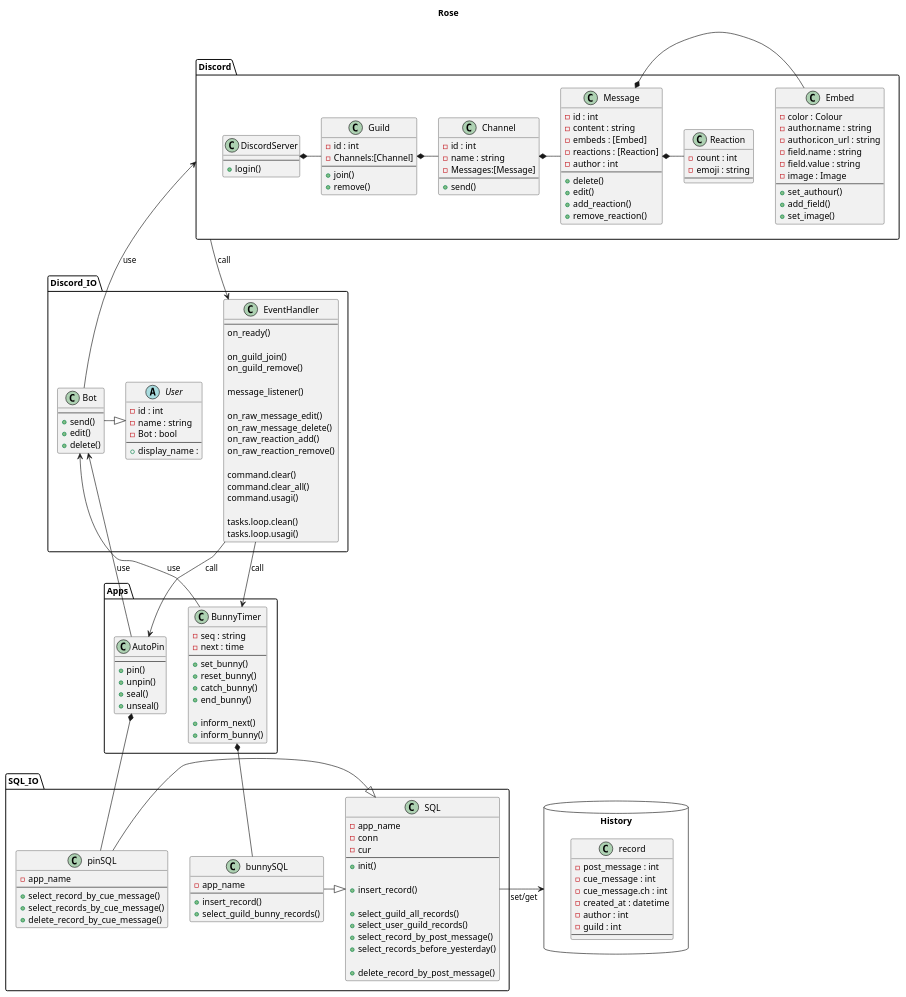
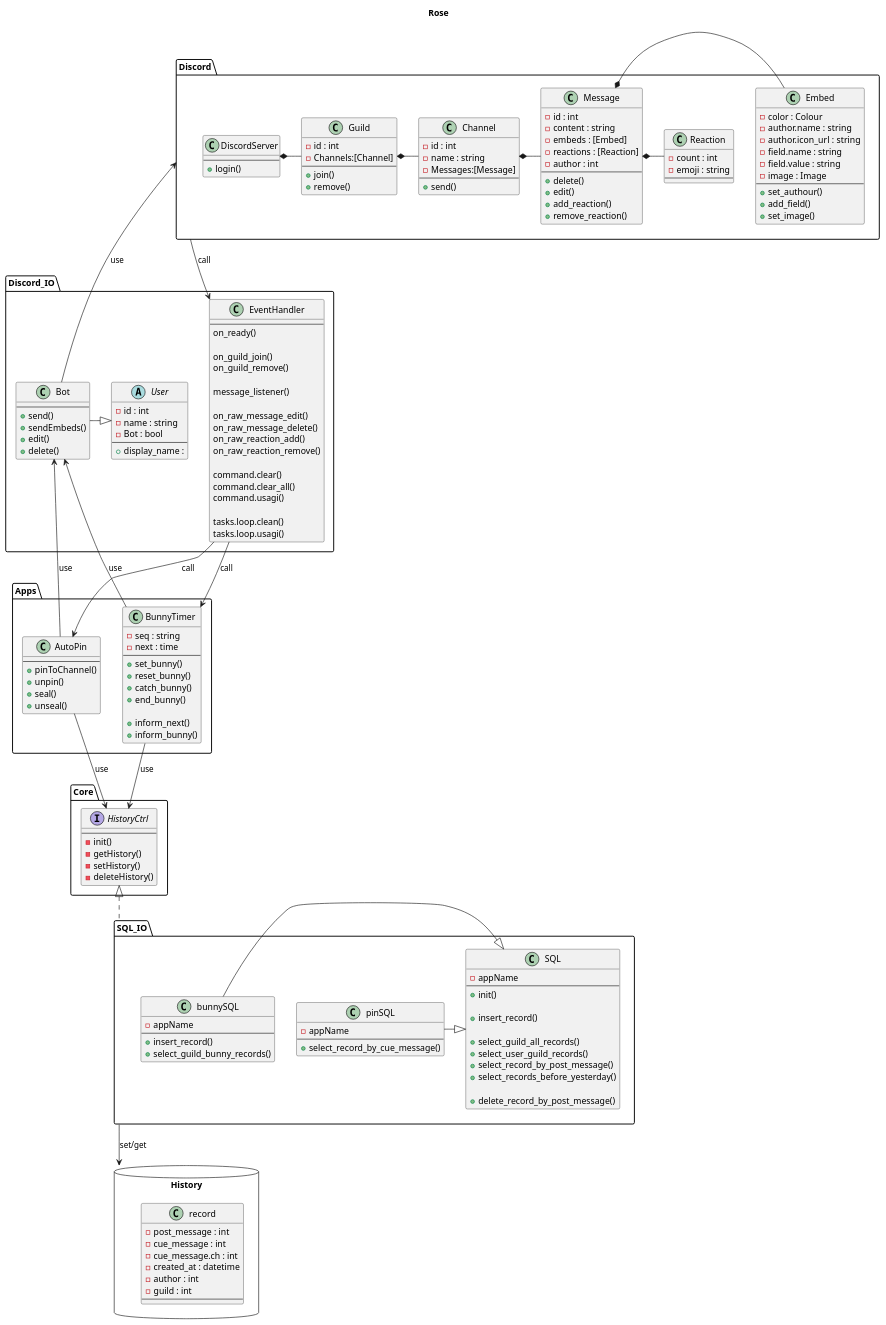
The diagram in Design/Class_diagram.pu (HitsumabushiEng/rose_discord_bot), drawn with PlantUML before and after one commit. The commit also changed 7 other files, not shown here.

```diff
--- a/Design/Class_diagram.pu
+++ b/Design/Class_diagram.pu
@@ -89,6 +89,7 @@
     class Bot{
         ---
         + send()
+        + sendEmbeds()
         + edit()
         + delete()
     }
@@ -97,7 +98,7 @@
 package Apps{
     class AutoPin{
         ---
-        + pin()
+        + pinToChannel()
         + unpin()
         + seal()
         + unseal()
@@ -119,9 +120,7 @@
 
 package SQL_IO{
     class SQL{
-        - app_name
-        - conn
-        - cur
+        - appName
         ---
         + init()
 
@@ -135,18 +134,26 @@
         + delete_record_by_post_message()
     }
     class pinSQL{
-        - app_name
+        - appName
         ---
         + select_record_by_cue_message()
-        + select_records_by_cue_message()
-        + delete_record_by_cue_message()
     }
 
     class bunnySQL{
-        - app_name
+        - appName
         ---
         + insert_record()
         + select_guild_bunny_records()
+    }
+}
+
+package Core {
+    interface HistoryCtrl{
+        ---
+        - init()
+        - getHistory()
+        - setHistory()
+        - deleteHistory()
     }
 }
 
@@ -206,12 +213,14 @@
 Bot             <--     AutoPin : use
 Bot             <--     BunnyTimer : use
 
-' relation btw. Apps and SQL_IO
-AutoPin         *--     pinSQL
-BunnyTimer      *--     bunnySQL
+' relation btw. Apps and HistoryCtrl
+AutoPin         -->     HistoryCtrl : use
+BunnyTimer      -->     HistoryCtrl : use
+
+' relation btw. HistoryCtrl and SQL_IO
+HistoryCtrl     <|..    SQL_IO
 
 ' relation btw. SQL_IO and database
-SQL             ->      History : set/get
-
+SQL_IO          -->     History : set/get
 
 @enduml
```
